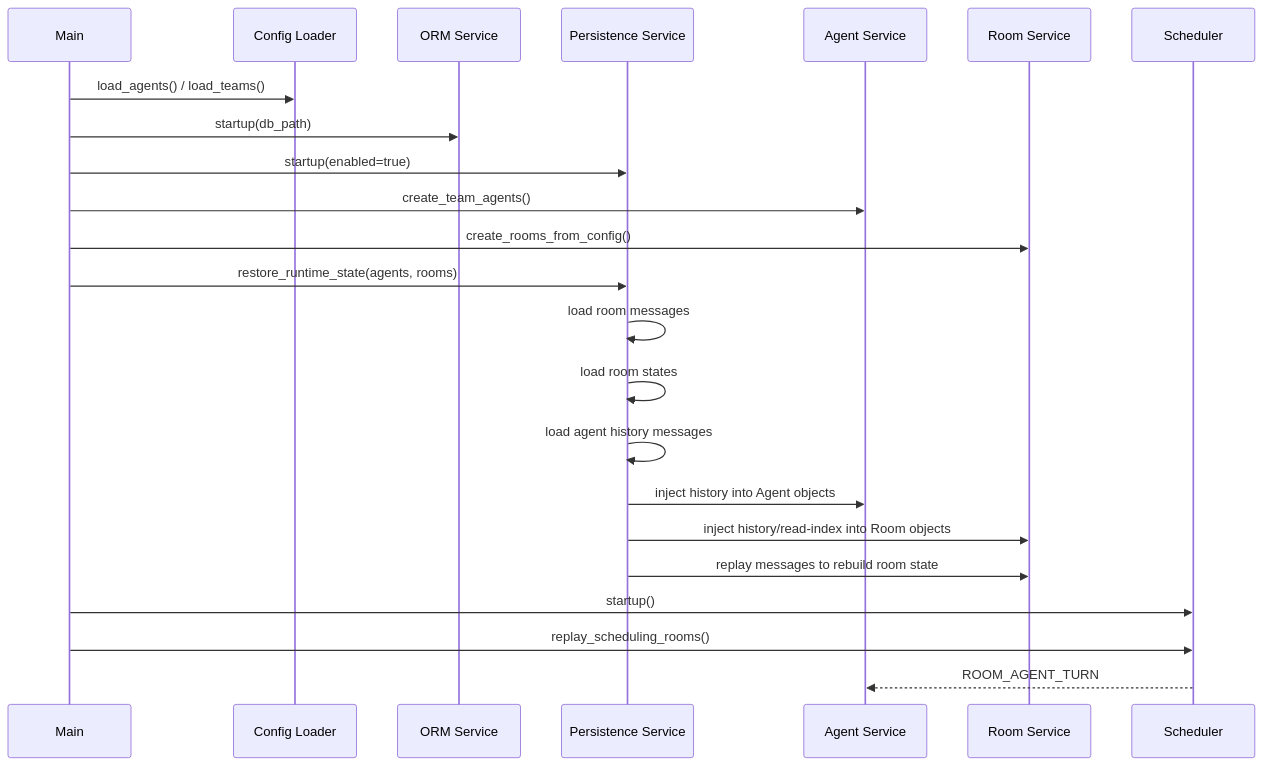
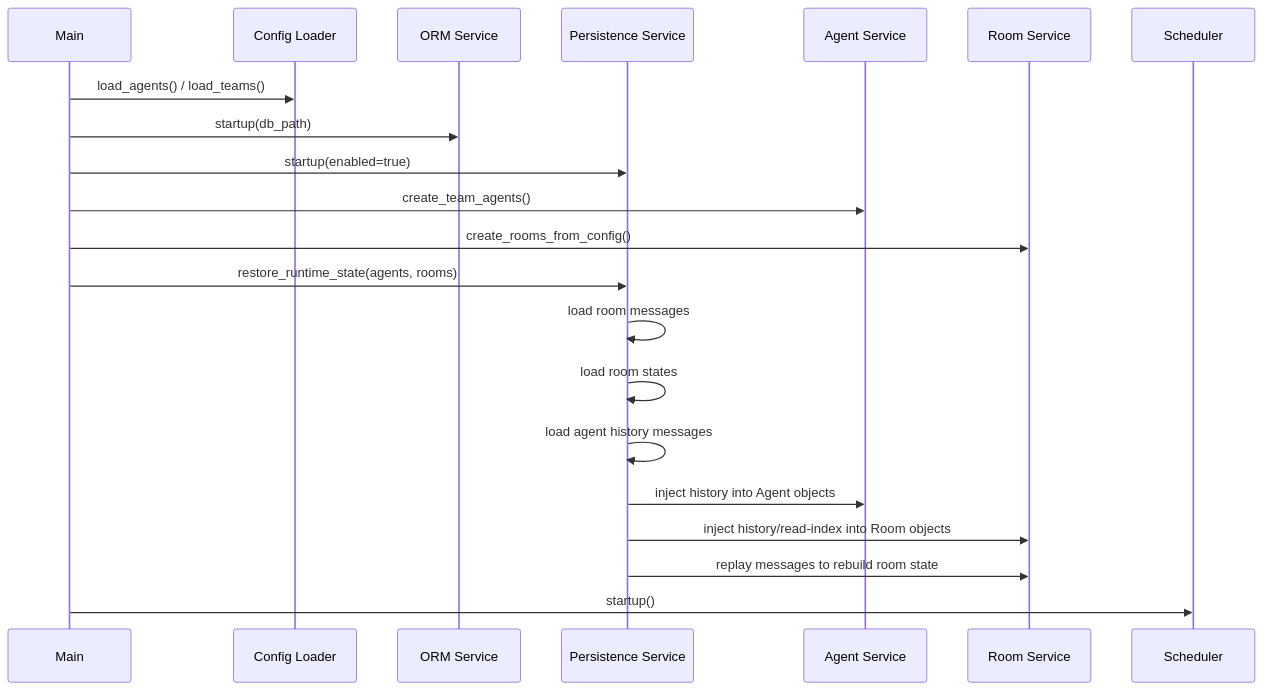
One commit to alexazhou/TogoSpace changed the diagram in docs/versions/v9/v9_step2_technical.md. Above: the diagram before and after it, drawn with Mermaid. The commit also changed other lines of this file and 4 other files, not shown here.

````diff
--- a/docs/versions/v9/v9_step2_technical.md
+++ b/docs/versions/v9/v9_step2_technical.md
@@ -489,26 +488,24 @@
 ```mermaid
 sequenceDiagram
     participant Main as Main
     participant Config as Config Loader
     participant ORM as ORM Service
     participant Persist as Persistence Service
     participant AgentSvc as Agent Service
     participant RoomSvc as Room Service
     participant Scheduler as Scheduler
 
     Main->>Config: load_agents() / load_teams()
     Main->>ORM: startup(db_path)
     Main->>Persist: startup(enabled=true)
     Main->>AgentSvc: create_team_agents()
     Main->>RoomSvc: create_rooms_from_config()
     Main->>Persist: restore_runtime_state(agents, rooms)
     Persist->>Persist: load room messages
     Persist->>Persist: load room states
     Persist->>Persist: load agent history messages
     Persist->>AgentSvc: inject history into Agent objects
     Persist->>RoomSvc: inject history/read-index into Room objects
     Persist->>RoomSvc: replay messages to rebuild room state
     Main->>Scheduler: startup()
-    Main->>Scheduler: replay_scheduling_rooms()
-    Scheduler-->>AgentSvc: ROOM_AGENT_TURN
 ```
````
